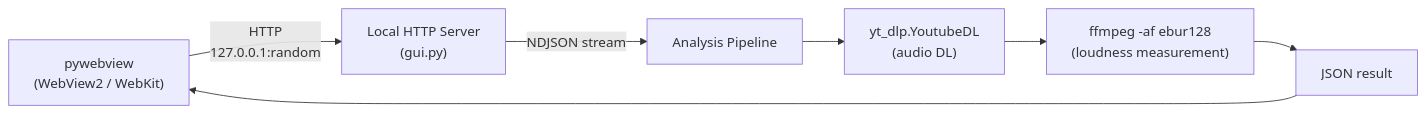
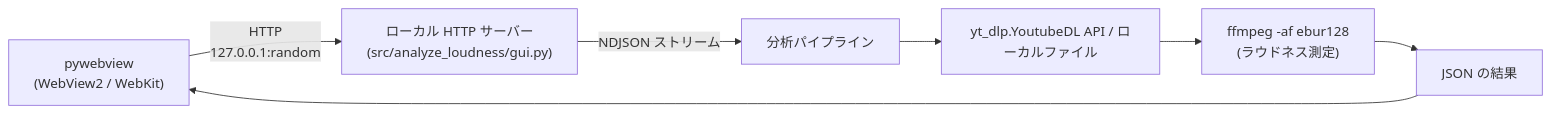
Before and after one commit to semnil/analyze-loudness: the first of 2 diagrams in README.ja.md, drawn with Mermaid. The commit also changed other lines of this file and 7 other files, not shown here.

````diff
--- a/README.ja.md
+++ b/README.ja.md
@@ -26,9 +108,9 @@
 ```mermaid
 graph LR
-    A["pywebview<br/>(WebView2 / WebKit)"] -->|"HTTP<br/>127.0.0.1:random"| B["Local HTTP Server<br/>(gui.py)"]
-    B -->|"NDJSON stream"| C["Analysis Pipeline"]
-    C --> D["yt_dlp.YoutubeDL<br/>(audio DL)"]
-    D --> E["ffmpeg -af ebur128<br/>(loudness measurement)"]
-    E --> F["JSON result"]
+    A["pywebview<br>(WebView2 / WebKit)"] -->|"HTTP<br>127.0.0.1:random"| B["ローカル HTTP サーバー<br>(src/analyze_loudness/gui.py)"]
+    B -->|"NDJSON ストリーム"| C["分析パイプライン"]
+    C --> D["yt_dlp.YoutubeDL API / ローカルファイル"]
+    D --> E["ffmpeg -af ebur128<br>(ラウドネス測定)"]
+    E --> F["JSON の結果"]
     F --> A
 ```
````
